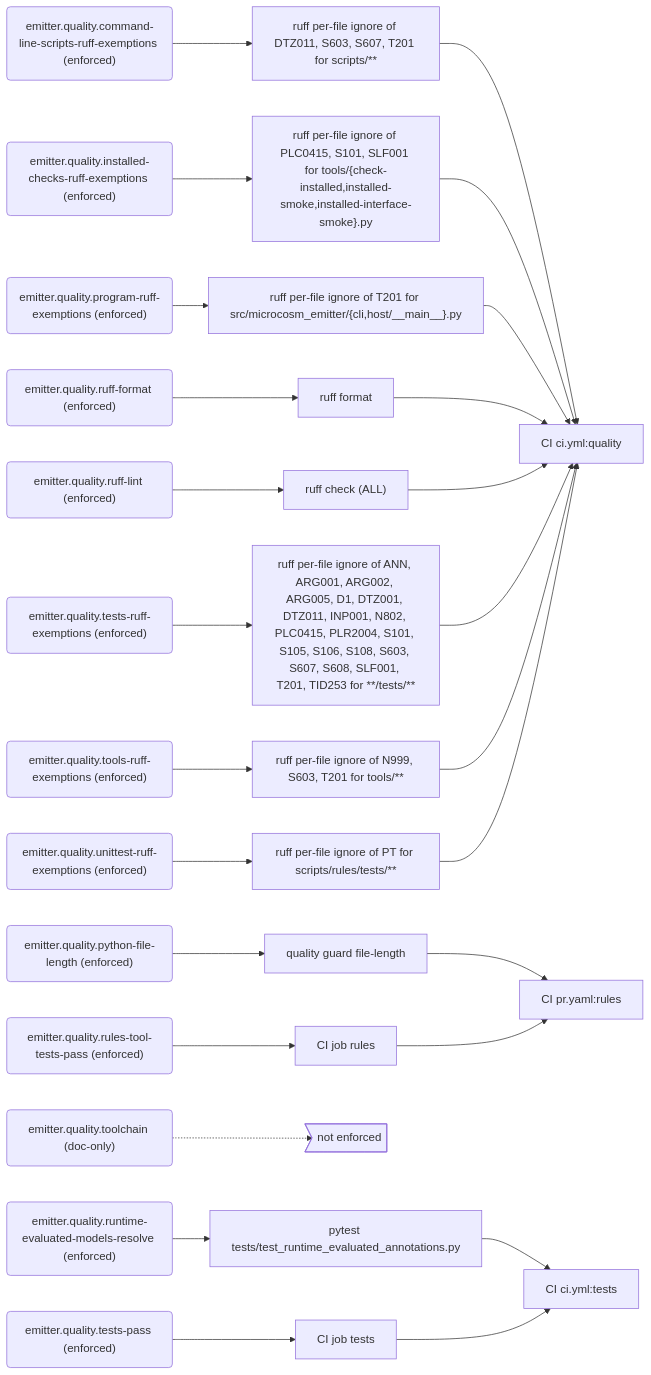
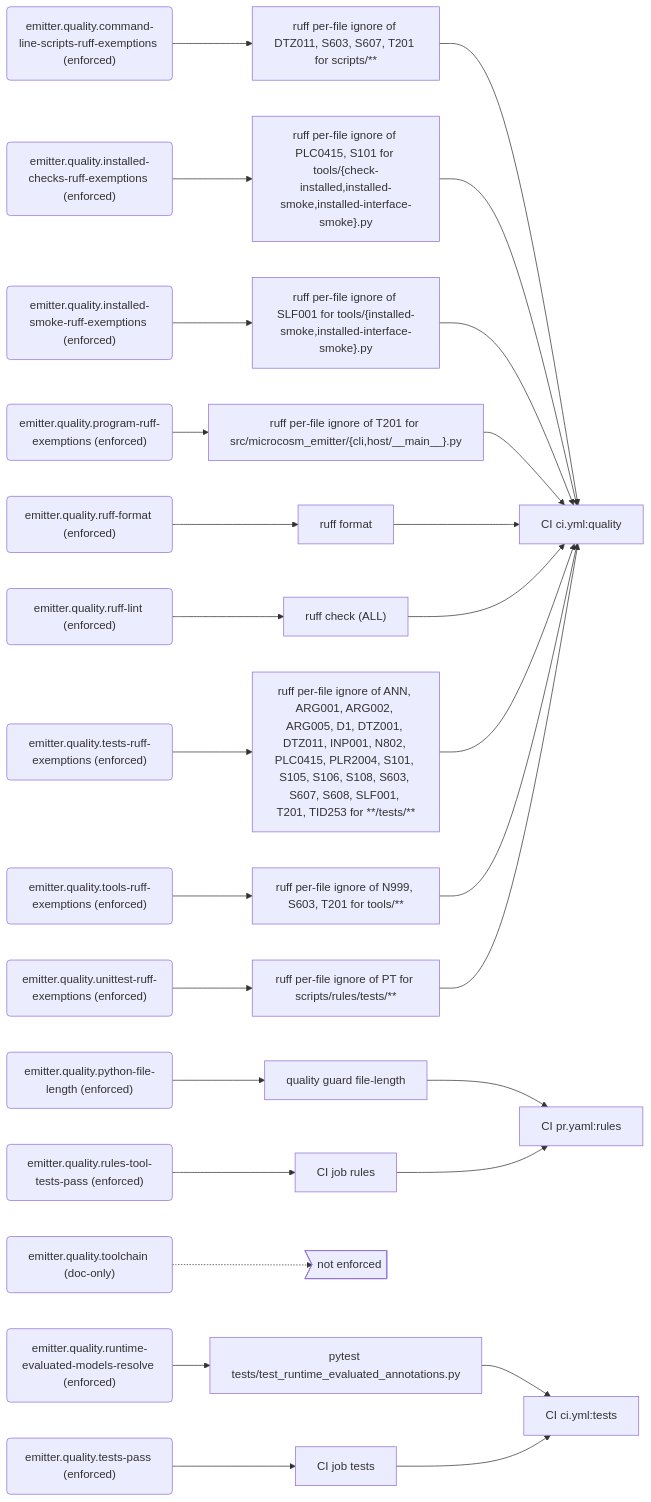
The sixth of 9 diagrams in docs/generated/rules.md (PolicyEngine/local-services), drawn with Mermaid before and after one commit. The commit also changed other lines of this file and 13 other files, not shown here.

````diff
--- a/docs/generated/rules.md
+++ b/docs/generated/rules.md
@@ -252,57 +253,61 @@
 ```mermaid
 flowchart LR
   r_emitter_quality_command_line_scripts_ruff_exemptions("emitter.quality.command-line-scripts-ruff-exemptions (enforced)")
   e_ruff_per_file_ignore_of_DTZ011__S603__S607__T201_for_scripts___["ruff per-file ignore of DTZ011, S603, S607, T201 for scripts/**"]
   j_CI_ci_yml_quality["CI ci.yml:quality"]
   r_emitter_quality_installed_checks_ruff_exemptions("emitter.quality.installed-checks-ruff-exemptions (enforced)")
-  e_ruff_per_file_ignore_of_PLC0415__S101__SLF001_for_tools__check_installed_installed_smoke_installed_interface_smoke__py["ruff per-file ignore of PLC0415, S101, SLF001 for tools/{check-installed,installed-smoke,installed-interface-smoke}.py"]
+  e_ruff_per_file_ignore_of_PLC0415__S101_for_tools__check_installed_installed_smoke_installed_interface_smoke__py["ruff per-file ignore of PLC0415, S101 for tools/{check-installed,installed-smoke,installed-interface-smoke}.py"]
+  r_emitter_quality_installed_smoke_ruff_exemptions("emitter.quality.installed-smoke-ruff-exemptions (enforced)")
+  e_ruff_per_file_ignore_of_SLF001_for_tools__installed_smoke_installed_interface_smoke__py["ruff per-file ignore of SLF001 for tools/{installed-smoke,installed-interface-smoke}.py"]
   r_emitter_quality_program_ruff_exemptions("emitter.quality.program-ruff-exemptions (enforced)")
   e_ruff_per_file_ignore_of_T201_for_src_microcosm_emitter__cli_host___main____py["ruff per-file ignore of T201 for src/microcosm_emitter/{cli,host/__main__}.py"]
   r_emitter_quality_python_file_length("emitter.quality.python-file-length (enforced)")
   e_quality_guard_file_length["quality guard file-length"]
   j_CI_pr_yaml_rules["CI pr.yaml:rules"]
   r_emitter_quality_ruff_format("emitter.quality.ruff-format (enforced)")
   e_ruff_format["ruff format"]
   r_emitter_quality_ruff_lint("emitter.quality.ruff-lint (enforced)")
   e_ruff_check__ALL_["ruff check (ALL)"]
   r_emitter_quality_rules_tool_tests_pass("emitter.quality.rules-tool-tests-pass (enforced)")
   e_CI_job_rules["CI job rules"]
   r_emitter_quality_runtime_evaluated_models_resolve("emitter.quality.runtime-evaluated-models-resolve (enforced)")
   e_pytest_tests_test_runtime_evaluated_annotations_py["pytest tests/test_runtime_evaluated_annotations.py"]
   j_CI_ci_yml_tests["CI ci.yml:tests"]
   r_emitter_quality_tests_pass("emitter.quality.tests-pass (enforced)")
   e_CI_job_tests["CI job tests"]
   r_emitter_quality_tests_ruff_exemptions("emitter.quality.tests-ruff-exemptions (enforced)")
   e_ruff_per_file_ignore_of_ANN__ARG001__ARG002__ARG005__D1__DTZ001__DTZ011__INP001__N802__PLC0415__PLR2004__S101__S105__S106__S108__S603__S607__S608__SLF001__T201__TID253_for____tests___["ruff per-file ignore of ANN, ARG001, ARG002, ARG005, D1, DTZ001, DTZ011, INP001, N802, PLC0415, PLR2004, S101, S105, S106, S108, S603, S607, S608, SLF001, T201, TID253 for **/tests/**"]
   r_emitter_quality_toolchain("emitter.quality.toolchain (doc-only)")
   gap_unenforced>"not enforced"]
   r_emitter_quality_tools_ruff_exemptions("emitter.quality.tools-ruff-exemptions (enforced)")
   e_ruff_per_file_ignore_of_N999__S603__T201_for_tools___["ruff per-file ignore of N999, S603, T201 for tools/**"]
   r_emitter_quality_unittest_ruff_exemptions("emitter.quality.unittest-ruff-exemptions (enforced)")
   e_ruff_per_file_ignore_of_PT_for_scripts_rules_tests___["ruff per-file ignore of PT for scripts/rules/tests/**"]
   r_emitter_quality_command_line_scripts_ruff_exemptions --> e_ruff_per_file_ignore_of_DTZ011__S603__S607__T201_for_scripts___
   e_ruff_per_file_ignore_of_DTZ011__S603__S607__T201_for_scripts___ --> j_CI_ci_yml_quality
-  r_emitter_quality_installed_checks_ruff_exemptions --> e_ruff_per_file_ignore_of_PLC0415__S101__SLF001_for_tools__check_installed_installed_smoke_installed_interface_smoke__py
-  e_ruff_per_file_ignore_of_PLC0415__S101__SLF001_for_tools__check_installed_installed_smoke_installed_interface_smoke__py --> j_CI_ci_yml_quality
+  r_emitter_quality_installed_checks_ruff_exemptions --> e_ruff_per_file_ignore_of_PLC0415__S101_for_tools__check_installed_installed_smoke_installed_interface_smoke__py
+  e_ruff_per_file_ignore_of_PLC0415__S101_for_tools__check_installed_installed_smoke_installed_interface_smoke__py --> j_CI_ci_yml_quality
+  r_emitter_quality_installed_smoke_ruff_exemptions --> e_ruff_per_file_ignore_of_SLF001_for_tools__installed_smoke_installed_interface_smoke__py
+  e_ruff_per_file_ignore_of_SLF001_for_tools__installed_smoke_installed_interface_smoke__py --> j_CI_ci_yml_quality
   r_emitter_quality_program_ruff_exemptions --> e_ruff_per_file_ignore_of_T201_for_src_microcosm_emitter__cli_host___main____py
   e_ruff_per_file_ignore_of_T201_for_src_microcosm_emitter__cli_host___main____py --> j_CI_ci_yml_quality
   r_emitter_quality_python_file_length --> e_quality_guard_file_length
   e_quality_guard_file_length --> j_CI_pr_yaml_rules
   r_emitter_quality_ruff_format --> e_ruff_format
   e_ruff_format --> j_CI_ci_yml_quality
   r_emitter_quality_ruff_lint --> e_ruff_check__ALL_
   e_ruff_check__ALL_ --> j_CI_ci_yml_quality
   r_emitter_quality_rules_tool_tests_pass --> e_CI_job_rules
   e_CI_job_rules --> j_CI_pr_yaml_rules
   r_emitter_quality_runtime_evaluated_models_resolve --> e_pytest_tests_test_runtime_evaluated_annotations_py
   e_pytest_tests_test_runtime_evaluated_annotations_py --> j_CI_ci_yml_tests
   r_emitter_quality_tests_pass --> e_CI_job_tests
   e_CI_job_tests --> j_CI_ci_yml_tests
   r_emitter_quality_tests_ruff_exemptions --> e_ruff_per_file_ignore_of_ANN__ARG001__ARG002__ARG005__D1__DTZ001__DTZ011__INP001__N802__PLC0415__PLR2004__S101__S105__S106__S108__S603__S607__S608__SLF001__T201__TID253_for____tests___
   e_ruff_per_file_ignore_of_ANN__ARG001__ARG002__ARG005__D1__DTZ001__DTZ011__INP001__N802__PLC0415__PLR2004__S101__S105__S106__S108__S603__S607__S608__SLF001__T201__TID253_for____tests___ --> j_CI_ci_yml_quality
   r_emitter_quality_toolchain -.-> gap_unenforced
   r_emitter_quality_tools_ruff_exemptions --> e_ruff_per_file_ignore_of_N999__S603__T201_for_tools___
   e_ruff_per_file_ignore_of_N999__S603__T201_for_tools___ --> j_CI_ci_yml_quality
   r_emitter_quality_unittest_ruff_exemptions --> e_ruff_per_file_ignore_of_PT_for_scripts_rules_tests___
   e_ruff_per_file_ignore_of_PT_for_scripts_rules_tests___ --> j_CI_ci_yml_quality
 ```
````
